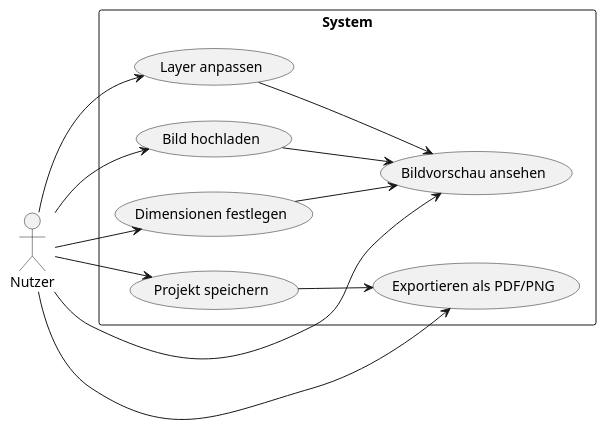
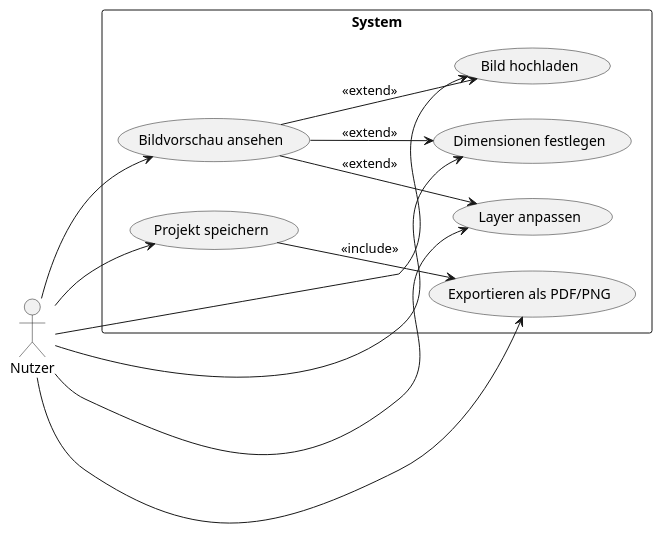
One commit to Karma-chocolate/SWE-Labor changed the diagram in UseCaseUML.puml. Above: the diagram before and after it, drawn with PlantUML.

```diff
--- a/UseCaseUML.puml
+++ b/UseCaseUML.puml
@@ -1,35 +1,35 @@
 @startuml
 left to right direction
 
 actor Nutzer
 
 rectangle "System" {
     usecase Upload as "Bild hochladen"
     usecase Preview as "Bildvorschau ansehen"
     usecase Dimensions as "Dimensionen festlegen"
     usecase Layers as "Layer anpassen"
     usecase Save as "Projekt speichern"
     usecase Export as "Exportieren als PDF/PNG"
 }
 
 Nutzer --> Upload
 Nutzer --> Preview
 Nutzer --> Dimensions
 Nutzer --> Layers
 Nutzer --> Save
 Nutzer --> Export
 
 ' Include-Beziehungen (zwingende Abhängigkeiten)
 ' Preview --> Export : <<include>>
 ' Dimensions --> Preview : <<include>>
 ' Layers --> Preview : <<include>>
 
 ' Extend-Beziehungen (optionale Erweiterungen)
 ' Save --> Upload : <<extend>>
 ' Export --> Save : <<extend>>
-Save --> Export
-Dimensions --> Preview
-Layers --> Preview
-Upload --> Preview
+Save --> Export : <<include>>
+Preview --> Dimensions : <<extend>>
+Preview --> Layers : <<extend>>
+Preview --> Upload : <<extend>>
 
 @enduml
```
